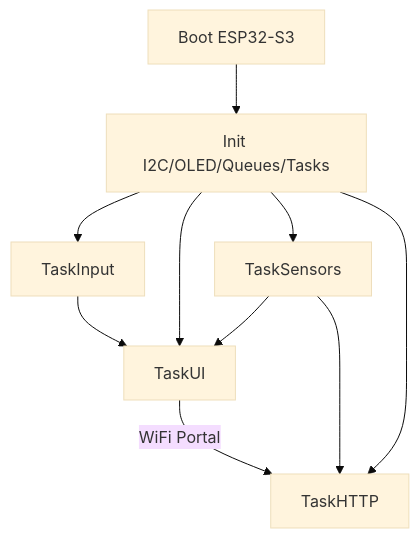
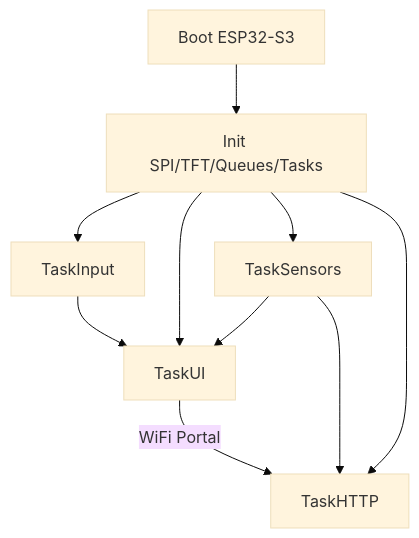
One commit to Frey210/aquanotes-triangle changed the first of 3 diagrams in README.md. Above: the diagram before and after it, drawn with Mermaid (base theme). The commit also changed other lines of this file and 3 other files, not shown here.

````diff
--- a/README.md
+++ b/README.md
@@ -41,12 +67,12 @@
 ```mermaid
 flowchart TD
-  A[Boot ESP32-S3] --> B[Init I2C/OLED/Queues/Tasks]
+  A[Boot ESP32-S3] --> B[Init SPI/TFT/Queues/Tasks]
   B --> C[TaskInput]
   B --> D[TaskUI]
   B --> E[TaskSensors]
   B --> F[TaskHTTP]
   C --> D
   E --> D
   E --> F
   D -->|WiFi Portal| F
 ```
````
